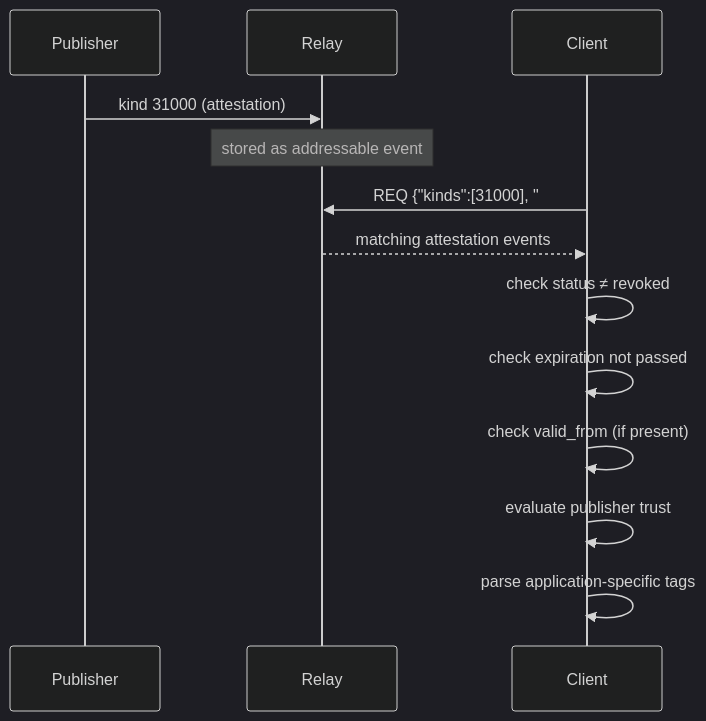
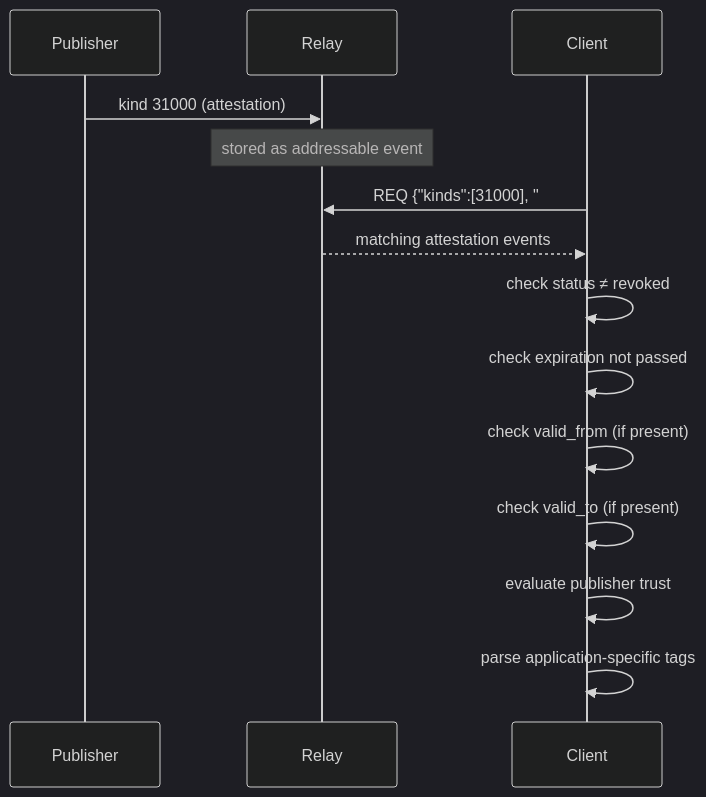
The third of 4 diagrams in NIP-VA.md (forgesworn/nostr-attestations), drawn with Mermaid (dark theme) before and after one commit. The commit also changed other lines of this file, not shown here.

````diff
--- a/NIP-VA.md
+++ b/NIP-VA.md
@@ -175,18 +176,19 @@
 ```mermaid
 sequenceDiagram
     participant Publisher
     participant Relay
     participant Client
 
     Publisher->>Relay: kind 31000 (attestation)
     Note over Relay: stored as addressable event
 
     Client->>Relay: REQ {"kinds":[31000], "#p":["subject"]}
     Relay-->>Client: matching attestation events
 
     Client->>Client: check status ≠ revoked
     Client->>Client: check expiration not passed
     Client->>Client: check valid_from (if present)
+    Client->>Client: check valid_to (if present)
     Client->>Client: evaluate publisher trust
     Client->>Client: parse application-specific tags
 ```
````
